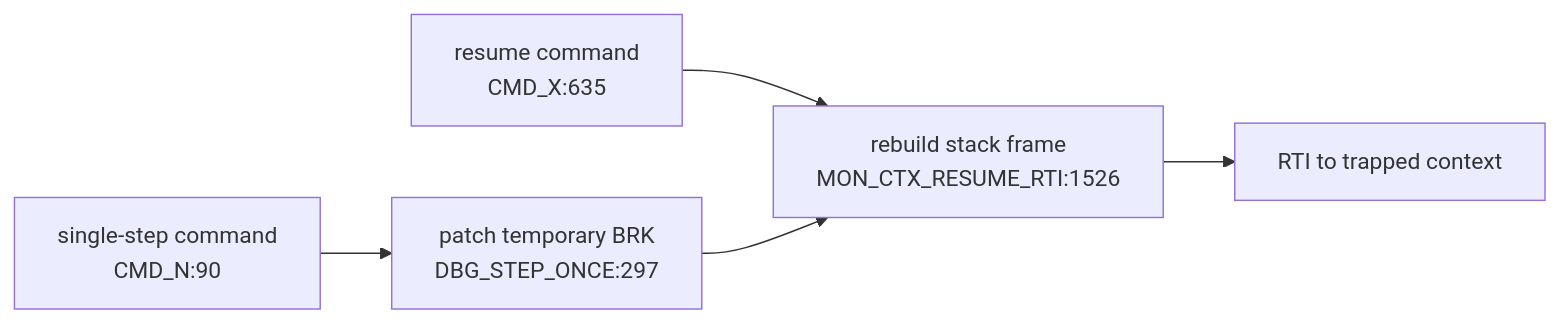
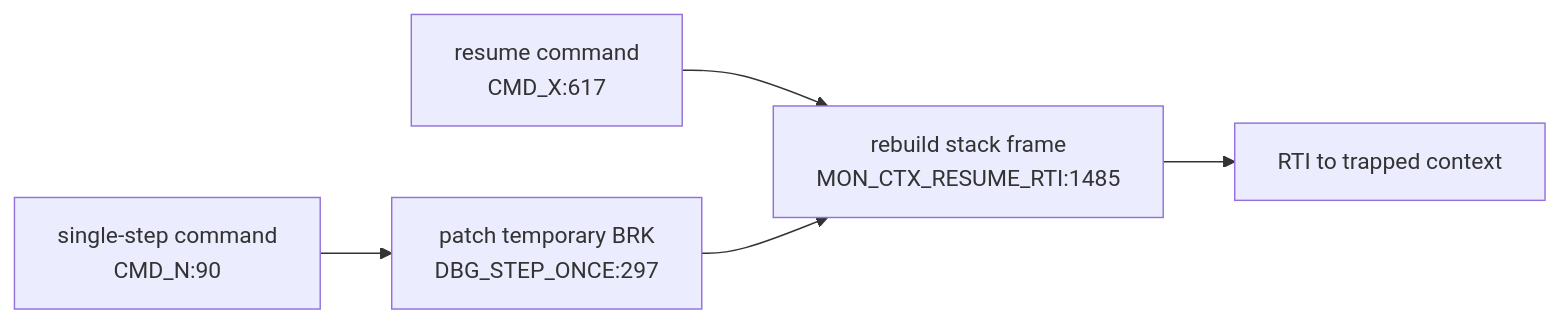
Before and after one commit to 95westus/R-YORS: the sixth of 6 diagrams in DOC/GENERATED/INTERRUPT_VECTOR_MAP.md, drawn with Mermaid. The commit also changed other lines of this file and 29 other files, not shown here.

````diff
--- a/DOC/GENERATED/INTERRUPT_VECTOR_MAP.md
+++ b/DOC/GENERATED/INTERRUPT_VECTOR_MAP.md
@@ -92,7 +92,7 @@
 ```mermaid
 flowchart LR
-    CMDX["resume command<br/>CMD_X:635"] --> RESUME["rebuild stack frame<br/>MON_CTX_RESUME_RTI:1526"]
+    CMDX["resume command<br/>CMD_X:617"] --> RESUME["rebuild stack frame<br/>MON_CTX_RESUME_RTI:1485"]
     CMDN["single-step command<br/>CMD_N:90"] --> STEP["patch temporary BRK<br/>DBG_STEP_ONCE:297"]
     STEP --> RESUME
     RESUME --> RTIRES["RTI to trapped context"]
 ```
````
